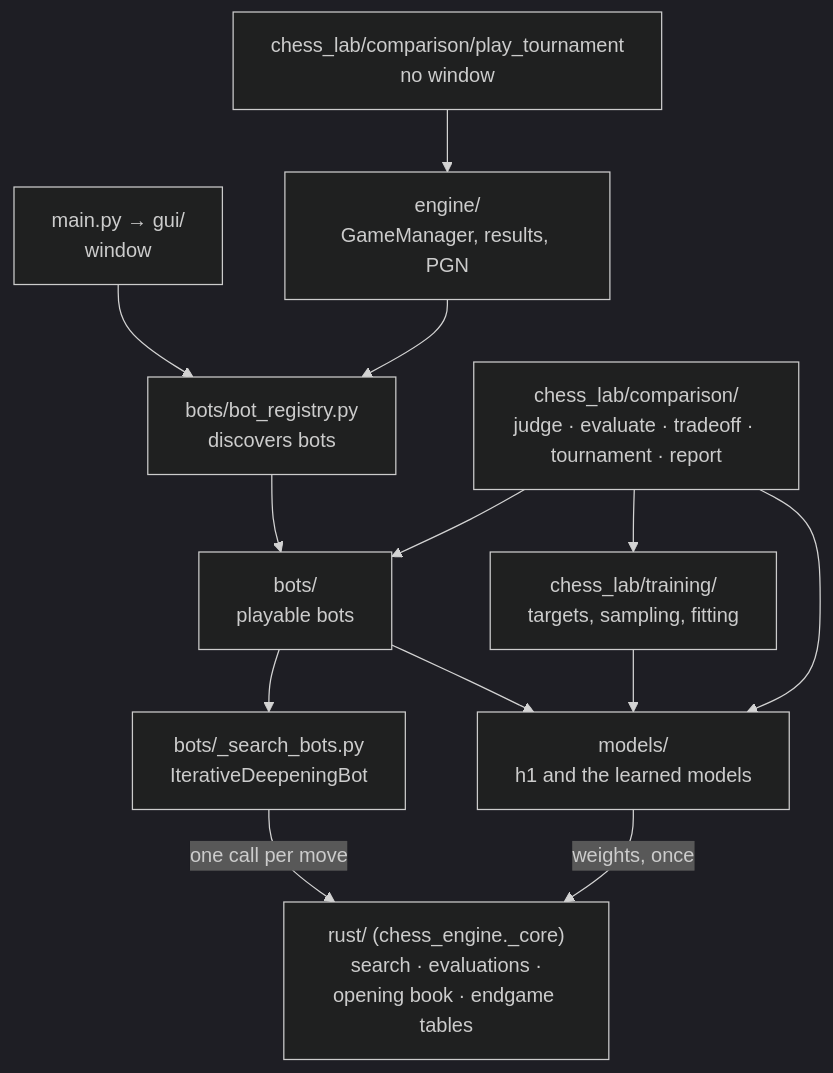
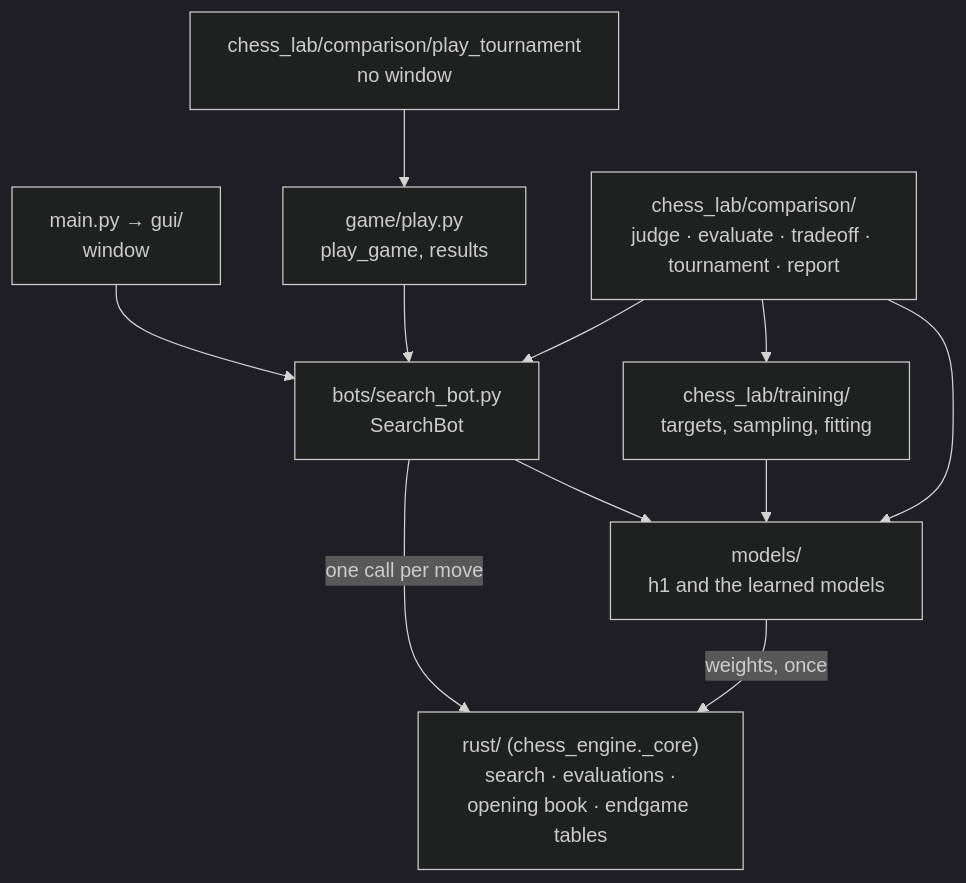
The first of 3 diagrams in docs/ARCHITECTURE.md (JoaquinDeVA/chess-ai-engine), drawn with Mermaid (dark theme) before and after one commit. The commit also changed other lines of this file and 46 other files, not shown here.

Commit message:
refactor: one SearchBot, bots and game packages replace the registry, three bot classes and engine/search

````diff
--- a/docs/ARCHITECTURE.md
+++ b/docs/ARCHITECTURE.md
@@ -17,15 +17,13 @@
 ```mermaid
 flowchart TB
-    WIN["main.py → gui/<br/>window"] --> REG
-    TOURN["chess_lab/comparison/play_tournament<br/>no window"] --> GM["engine/<br/>GameManager, results, PGN"]
-    GM --> REG["bots/bot_registry.py<br/>discovers bots"]
-    REG --> BOTS["bots/<br/>playable bots"]
-    BOTS --> BASES["bots/_search_bots.py<br/>IterativeDeepeningBot"]
-    BASES -->|"one call per move"| CORE["rust/ (chess_engine._core)<br/>search · evaluations ·<br/>opening book · endgame tables"]
+    WIN["main.py → gui/<br/>window"] --> BOTS
+    TOURN["chess_lab/comparison/play_tournament<br/>no window"] --> GM["game/play.py<br/>play_game, results"]
+    GM --> BOTS
+    BOTS["bots/search_bot.py<br/>SearchBot"] -->|"one call per move"| CORE["rust/ (chess_engine._core)<br/>search · evaluations ·<br/>opening book · endgame tables"]
     BOTS --> EVAL["models/<br/>h1 and the learned models"]
     EVAL -->|"weights, once"| CORE
     TRAIN["chess_lab/training/<br/>targets, sampling, fitting"] --> EVAL
     COMP["chess_lab/comparison/<br/>judge · evaluate · tradeoff · tournament · report"] --> TRAIN
     COMP --> EVAL
     COMP --> BOTS
 ```
````
